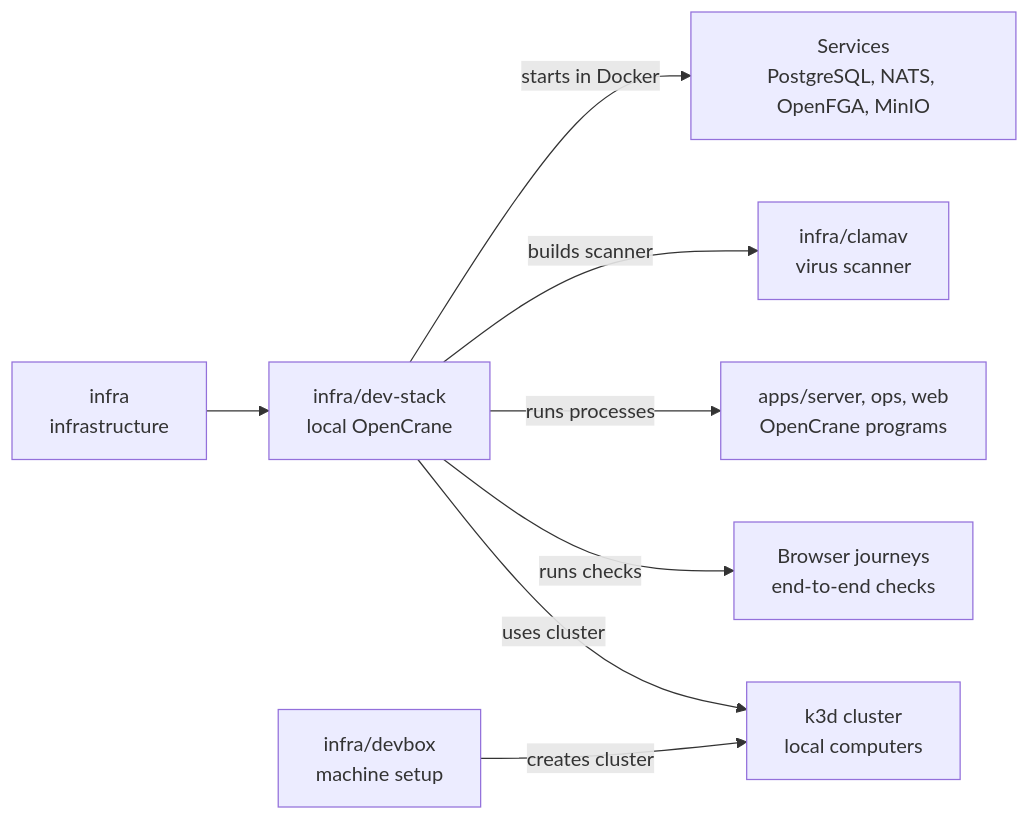
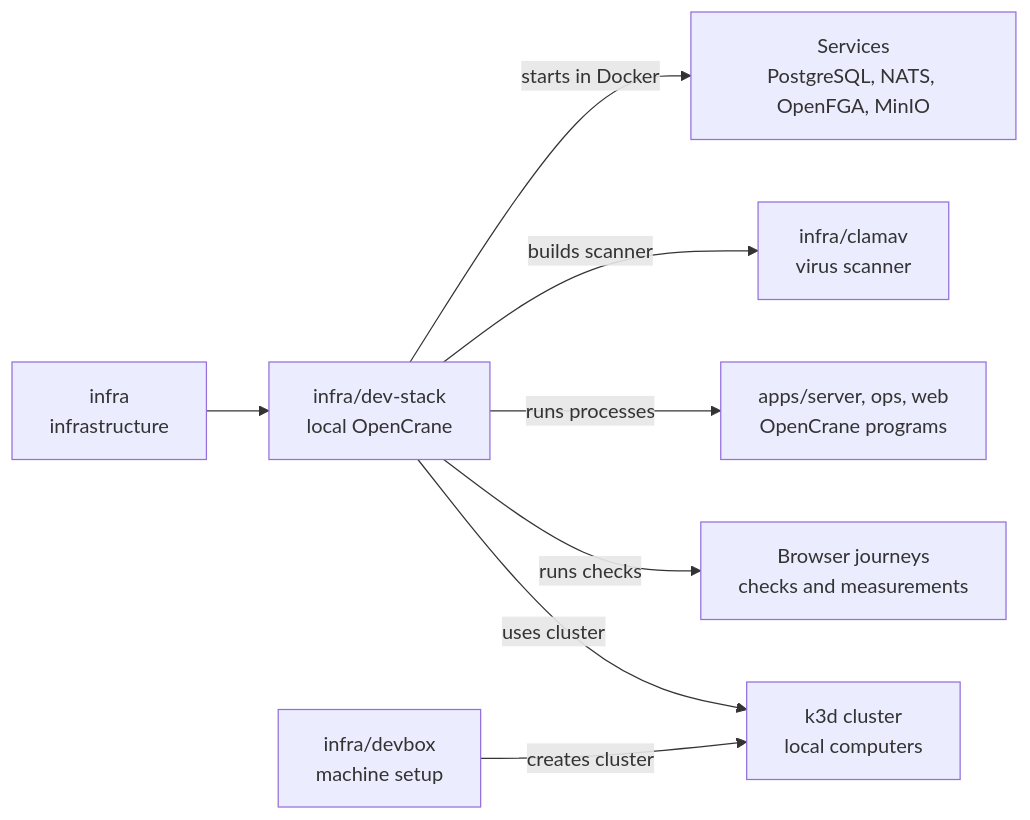
The diagram in infra/dev-stack/README.md (elewa-git/opencrane-new), drawn with Mermaid before and after one commit. The commit also changed other lines of this file and 4 other files, not shown here.

````diff
--- a/infra/dev-stack/README.md
+++ b/infra/dev-stack/README.md
@@ -15,10 +15,10 @@
 ```mermaid
 flowchart LR
   infra["infra<br/>infrastructure"] --> stack["infra/dev-stack<br/>local OpenCrane"]
   stack -->|starts in Docker| services["Services<br/>PostgreSQL, NATS, OpenFGA, MinIO"]
   stack -->|builds scanner| clamav["infra/clamav<br/>virus scanner"]
   stack -->|runs processes| apps["apps/server, ops, web<br/>OpenCrane programs"]
-  stack -->|runs checks| journeys["Browser journeys<br/>end-to-end checks"]
+  stack -->|runs checks| journeys["Browser journeys<br/>checks and measurements"]
   devbox["infra/devbox<br/>machine setup"] -->|creates cluster| cluster["k3d cluster<br/>local computers"]
   stack -->|uses cluster| cluster
 ```
````
